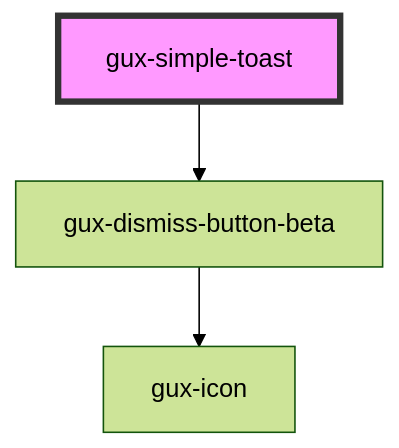
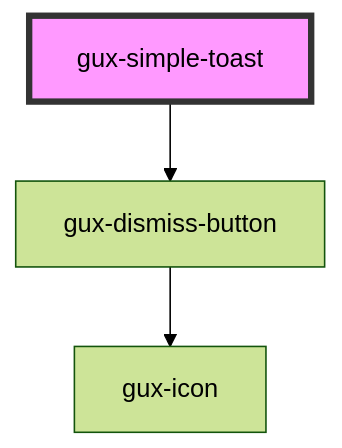
The diagram in src/components/stable/gux-simple-toast/readme.md (MyPureCloud/genesys-spark), drawn with Mermaid (forest theme) before and after one commit. The commit also changed other lines of this file and 272 other files, not shown here.

````diff
--- a/src/components/stable/gux-simple-toast/readme.md
+++ b/src/components/stable/gux-simple-toast/readme.md
@@ -37,6 +37,6 @@
 ```mermaid
 graph TD;
-  gux-simple-toast --> gux-dismiss-button-beta
-  gux-dismiss-button-beta --> gux-icon
+  gux-simple-toast --> gux-dismiss-button
+  gux-dismiss-button --> gux-icon
   style gux-simple-toast fill:#f9f,stroke:#333,stroke-width:4px
 ```
````
